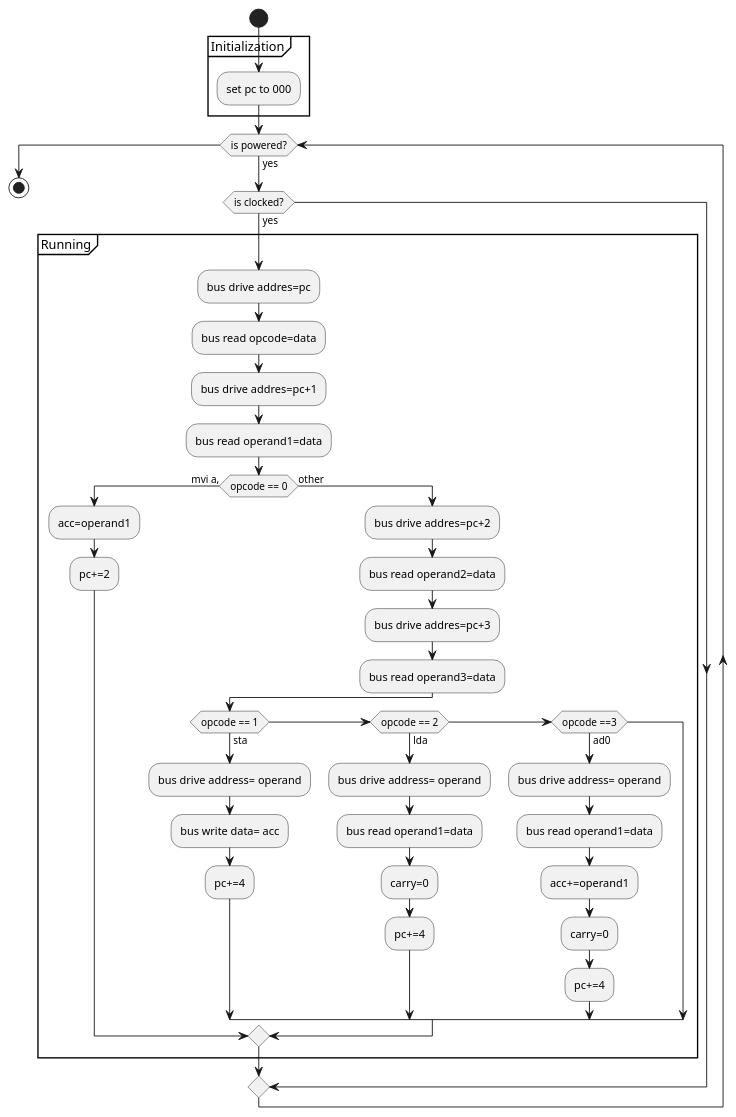
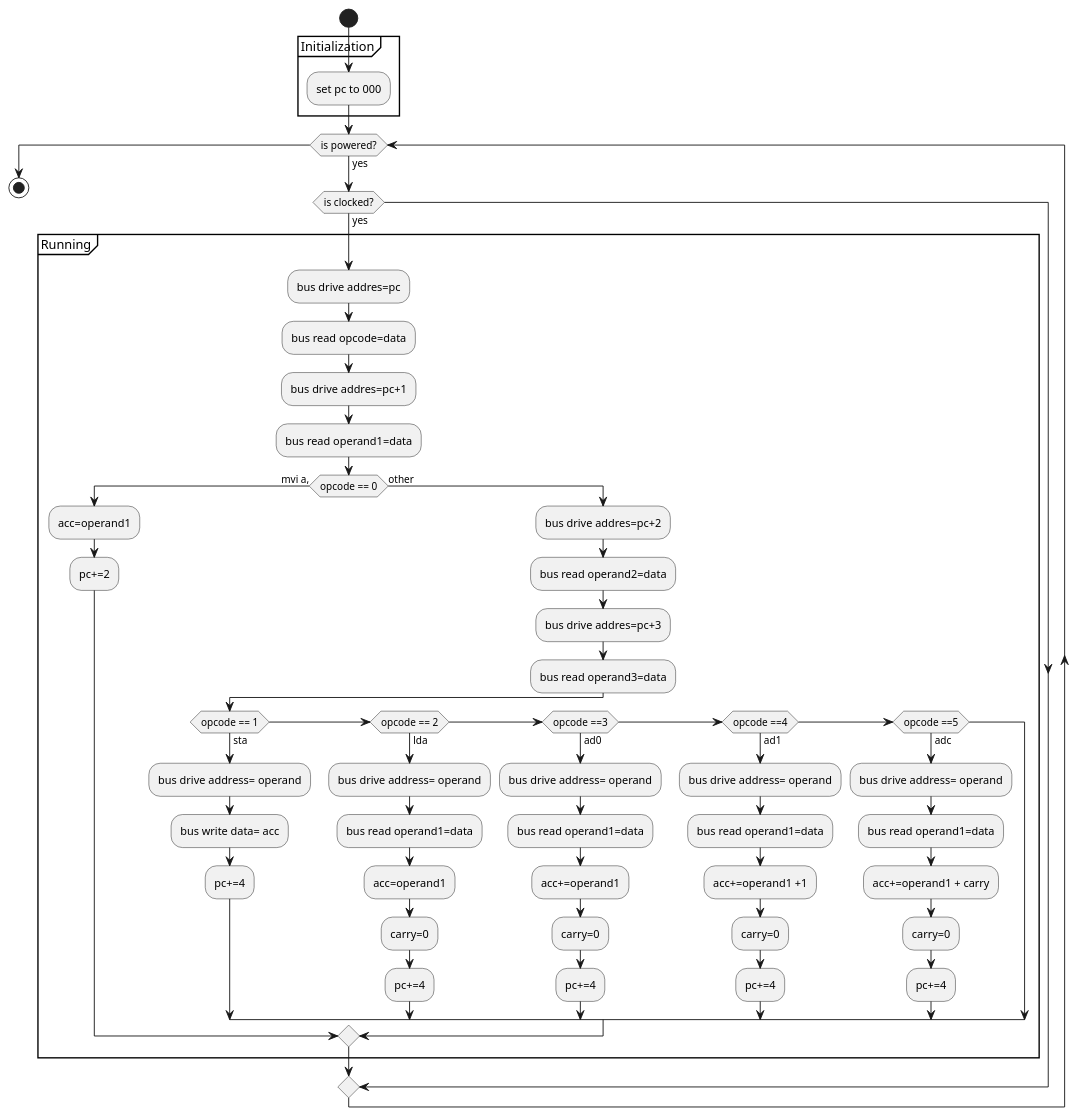
Before and after one commit to bfarago/bjtcputoolchain: the diagram in doc/cpu_fn.puml, drawn with PlantUML.

```diff
--- a/doc/cpu_fn.puml
+++ b/doc/cpu_fn.puml
@@ -1,45 +1,58 @@
 @startuml
 start
 partition Initialization {
 	:set pc to 000;
 }
 
   while (is powered?)
    ->yes;
    if (is clocked?) then (yes)
 partition Running {
     :bus drive addres=pc;
     :bus read opcode=data;
     :bus drive addres=pc+1;
     :bus read operand1=data;
     if (opcode == 0) then (mvi a,)
      :acc=operand1;
      :pc+=2;
     else (other)
      :bus drive addres=pc+2;
      :bus read operand2=data;
      :bus drive addres=pc+3;
      :bus read operand3=data;
      if (opcode == 1) then (sta)
         :bus drive address= operand;
         :bus write data= acc;
         :pc+=4;
      elseif (opcode == 2) then (lda)
         :bus drive address= operand;
         :bus read operand1=data;
+	:acc=operand1;
         :carry=0;
         :pc+=4;
      elseif (opcode ==3) then (ad0)
         :bus drive address= operand;
         :bus read operand1=data;
         :acc+=operand1;
+        :carry=0;
+        :pc+=4;
+     elseif (opcode ==4) then (ad1)
+        :bus drive address= operand;
+        :bus read operand1=data;
+        :acc+=operand1 +1;
+        :carry=0;
+        :pc+=4;
+     elseif (opcode ==5) then (adc)
+        :bus drive address= operand;
+        :bus read operand1=data;
+        :acc+=operand1 + carry;
         :carry=0;
         :pc+=4;
      endif
     endif
 }
    endif
   endwhile
 
 stop
 @enduml
```
